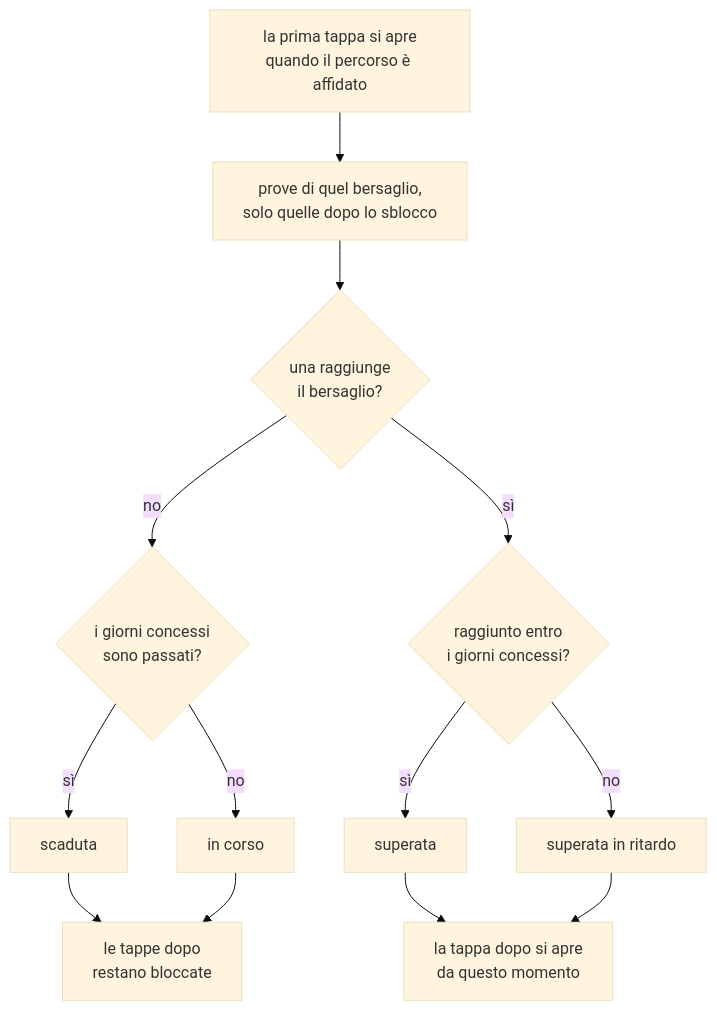
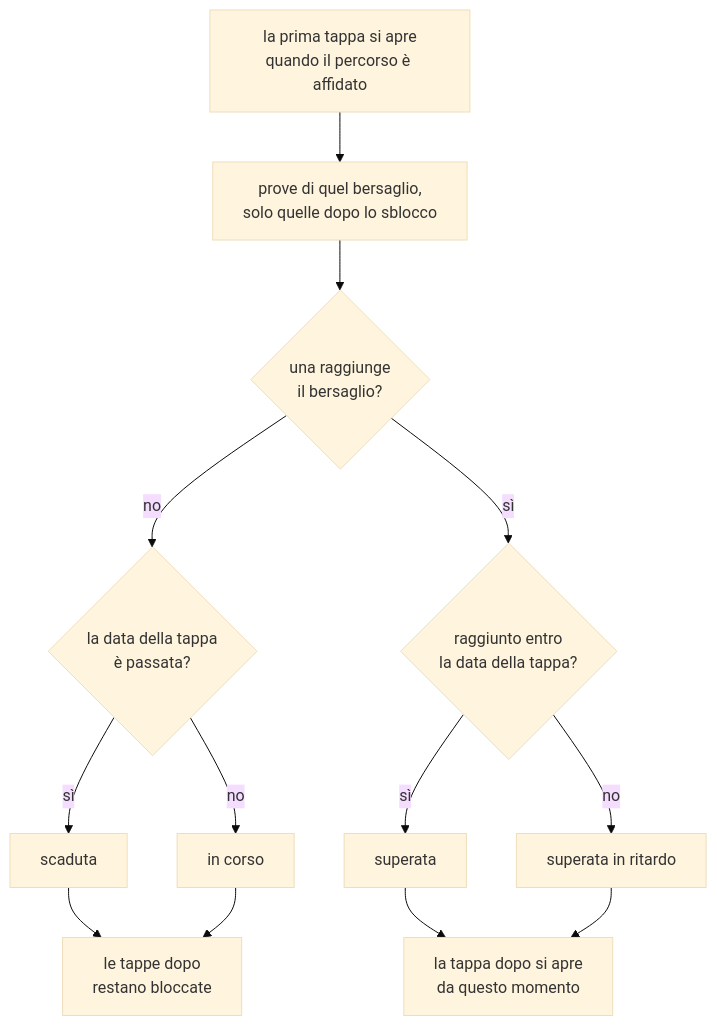
The diagram in docs/training-e-report.md (DavideZanellato99/SkillLab), drawn with Mermaid (base theme) before and after one commit. The commit also changed other lines of this file and 56 other files, not shown here.

````diff
--- a/docs/training-e-report.md
+++ b/docs/training-e-report.md
@@ -84,15 +90,15 @@
 ```mermaid
 flowchart TD
     A[la prima tappa si apre<br/>quando il percorso è affidato] --> B[prove di quel bersaglio,<br/>solo quelle dopo lo sblocco]
     B --> C{una raggiunge<br/>il bersaglio?}
-    C -->|no| D{i giorni concessi<br/>sono passati?}
-    C -->|sì| E{raggiunto entro<br/>i giorni concessi?}
+    C -->|no| D{la data della tappa<br/>è passata?}
+    C -->|sì| E{raggiunto entro<br/>la data della tappa?}
     E -->|sì| F[superata]
     E -->|no| G[superata in ritardo]
     D -->|sì| H[scaduta]
     D -->|no| I[in corso]
     F --> J[la tappa dopo si apre<br/>da questo momento]
     G --> J
     H --> K[le tappe dopo<br/>restano bloccate]
     I --> K
 ```
````
